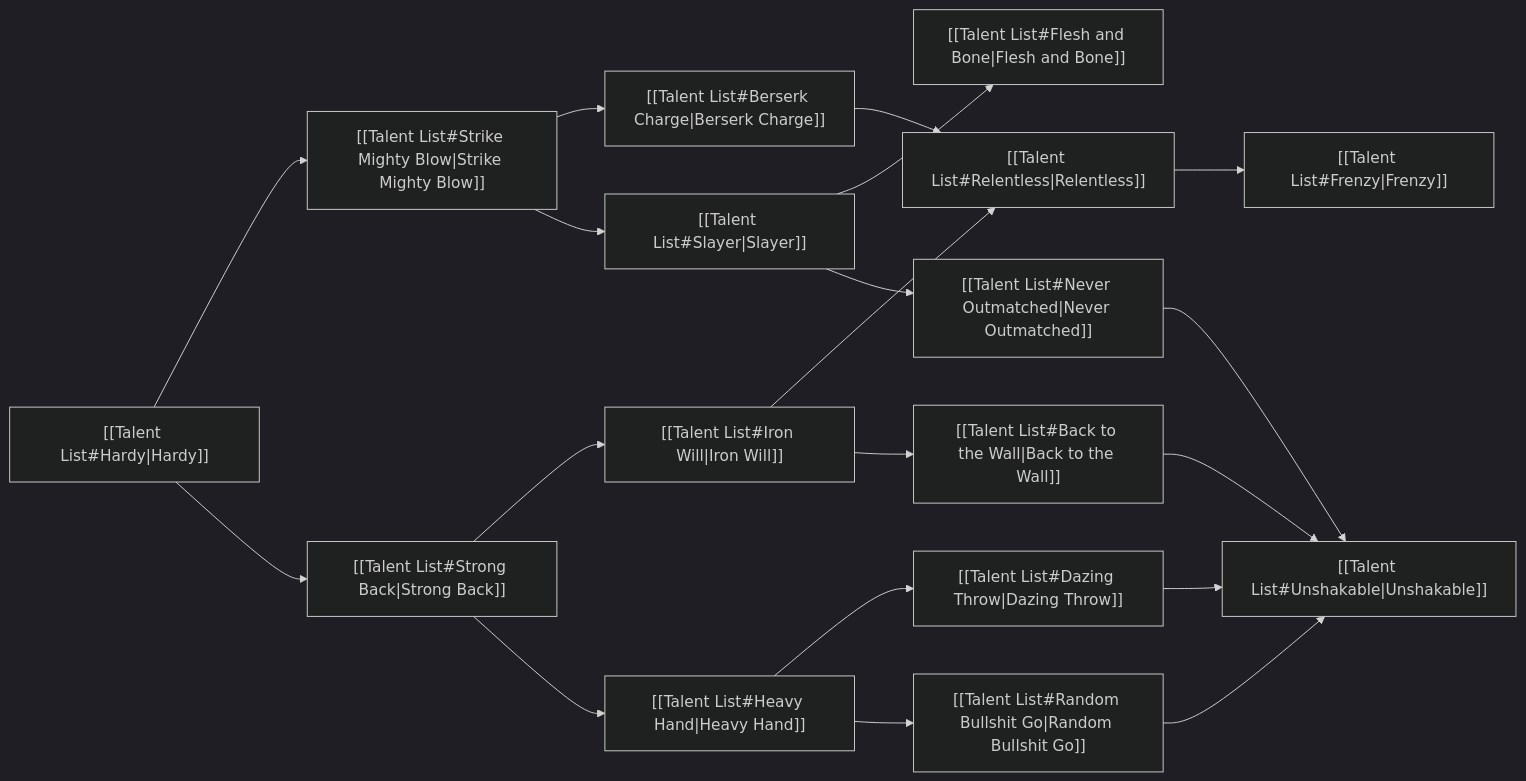
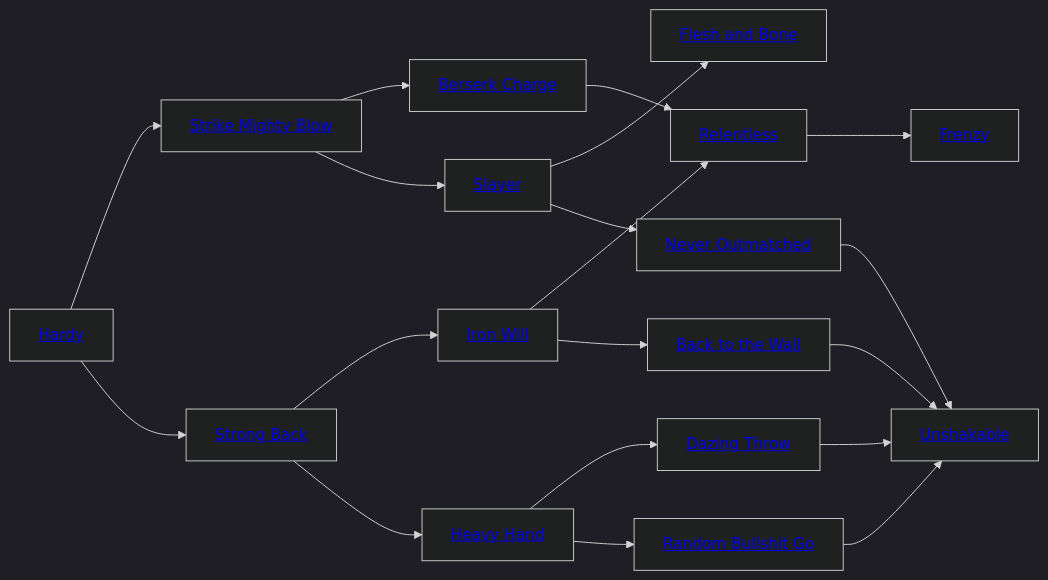
One commit to donutrj/verdigris changed the second of 9 diagrams in quartz/content/Characters/Talents/Talent Trees.md. Above: the diagram before and after it, drawn with Mermaid (dark theme). The commit also changed other lines of this file, not shown here.

First line of the commit message:
Convert Mermaid links to functional web links using Python script

````diff
--- a/quartz/content/Characters/Talents/Talent Trees.md
+++ b/quartz/content/Characters/Talents/Talent Trees.md
@@ -25,39 +25,39 @@
 ``` mermaid
 graph LR
 
-A["[[Talent List#Hardy|Hardy]]"]
-B["[[Talent List#Strike Mighty Blow|Strike Mighty Blow]]"]
-C["[[Talent List#Strong Back|Strong Back]]"]
-D["[[Talent List#Berserk Charge|Berserk Charge]]"]
-E["[[Talent List#Slayer|Slayer]]"]
-F["[[Talent List#Iron Will|Iron Will]]"]
-G["[[Talent List#Heavy Hand|Heavy Hand]]"]
-H["[[Talent List#Flesh and Bone|Flesh and Bone]]"]
-J["[[Talent List#Relentless|Relentless]]"]
-K["[[Talent List#Back to the Wall|Back to the Wall]]"]
-L["[[Talent List#Dazing Throw|Dazing Throw]]"]
-M["[[Talent List#Random Bullshit Go|Random Bullshit Go]]"]
-N["[[Talent List#Frenzy|Frenzy]]"]
-O["[[Talent List#Unshakable|Unshakable]]"]
-P["[[Talent List#Never Outmatched|Never Outmatched]]"]
+A[<a href="/Characters/Talents/talent-list#hardy">Hardy</a>]
+B[<a href="/Characters/Talents/talent-list#strike-mighty-blow">Strike Mighty Blow</a>]
+C[<a href="/Characters/Talents/talent-list#strong-back">Strong Back</a>]
+D[<a href="/Characters/Talents/talent-list#berserk-charge">Berserk Charge</a>]
+E[<a href="/Characters/Talents/talent-list#slayer">Slayer</a>]
+F[<a href="/Characters/Talents/talent-list#iron-will">Iron Will</a>]
+G[<a href="/Characters/Talents/talent-list#heavy-hand">Heavy Hand</a>]
+H[<a href="/Characters/Talents/talent-list#flesh-and-bone">Flesh and Bone</a>]
+J[<a href="/Characters/Talents/talent-list#relentless">Relentless</a>]
+K[<a href="/Characters/Talents/talent-list#back-to-the-wall">Back to the Wall</a>]
+L[<a href="/Characters/Talents/talent-list#dazing-throw">Dazing Throw</a>]
+M[<a href="/Characters/Talents/talent-list#random-bullshit-go">Random Bullshit Go</a>]
+N[<a href="/Characters/Talents/talent-list#frenzy">Frenzy</a>]
+O[<a href="/Characters/Talents/talent-list#unshakable">Unshakable</a>]
+P[<a href="/Characters/Talents/talent-list#never-outmatched">Never Outmatched</a>]
 
 F --> J
 A --> B
 A --> C
 B --> D
 B --> E
 C --> F
 C --> G
 F --> K
 G --> L
 G --> M
 K --> O
 L --> O
 M --> O
 E --> H
 D --> J
 J --> N
 P --> O
 E --> P
 
 ```
````
